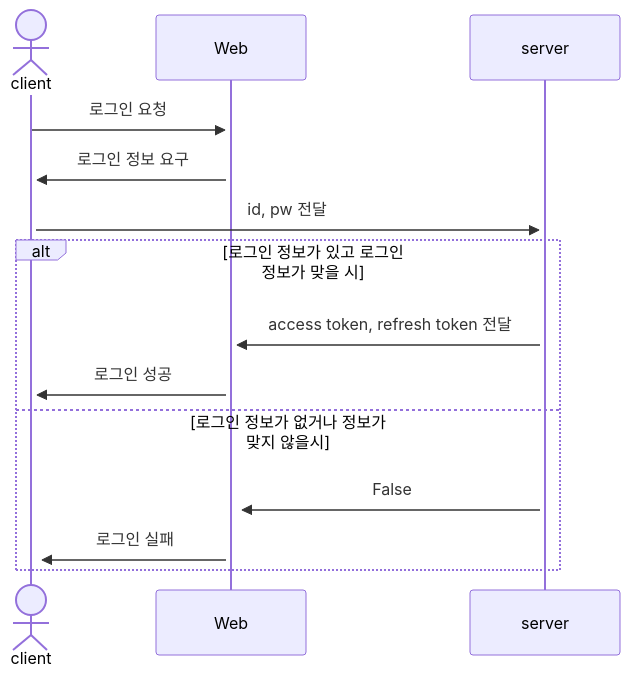
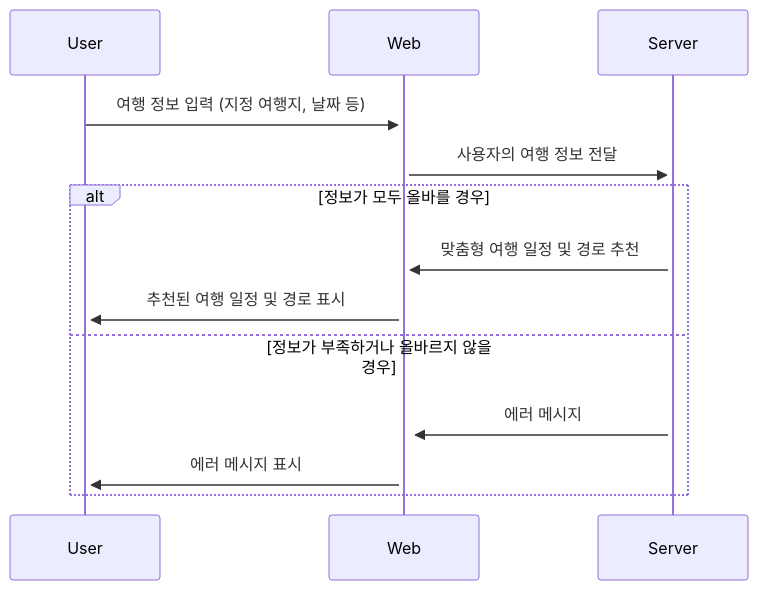
One commit to eileen-2/whaleride.github.io changed the first of 4 diagrams in README.md. Above: the diagram before and after it, drawn with Mermaid. The commit also changed other lines of this file, not shown here.

````diff
--- a/README.md
+++ b/README.md
@@ -147,16 +47,15 @@
 ```mermaid
     sequenceDiagram
-    actor A as client
-    participant B as Web
-    participant C as server
-    A->>+B: 로그인 요청
-    B->>+A: 로그인 정보 요구
-    A->>+C: id, pw 전달
-    alt 로그인 정보가 있고 로그인 정보가 맞을 시
-    C->>+B: access token, refresh token 전달
-    B->>+A: 로그인 성공
-    else 로그인 정보가 없거나 정보가 맞지 않을시
-    C->>+B: False
-    B->>+A: 로그인 실패
+    participant 사용자 as User
+    participant 웹 as Web
+    participant 서버 as Server
+    사용자->>+웹: 여행 정보 입력 (지정 여행지, 날짜 등)
+    웹->>+서버: 사용자의 여행 정보 전달
+    alt 정보가 모두 올바를 경우
+    서버->>+웹: 맞춤형 여행 일정 및 경로 추천
+    웹->>+사용자: 추천된 여행 일정 및 경로 표시
+    else 정보가 부족하거나 올바르지 않을 경우
+    서버->>+웹: 에러 메시지
+    웹->>+사용자: 에러 메시지 표시
     end
 ```
````
